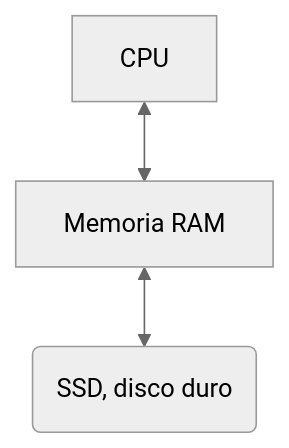
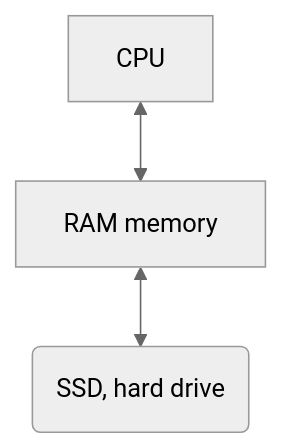
The second of 5 diagrams in materials/topic-dfs/dfs.md (acaldero/uc3m_ds), drawn with Mermaid (neutral theme) before and after one commit. The commit also changed other lines of this file, not shown here.

````diff
--- a/materials/topic-dfs/dfs.md
+++ b/materials/topic-dfs/dfs.md
@@ -29,5 +29,5 @@
   ```mermaid
   flowchart TD
-  A[CPU] <--> B(Memoria RAM)
-  B[Memoria RAM] <--> C(SSD, disco duro)
+  A[CPU] <--> B(RAM memory)
+  B[RAM memory] <--> C(SSD, hard drive)
   ```
````
